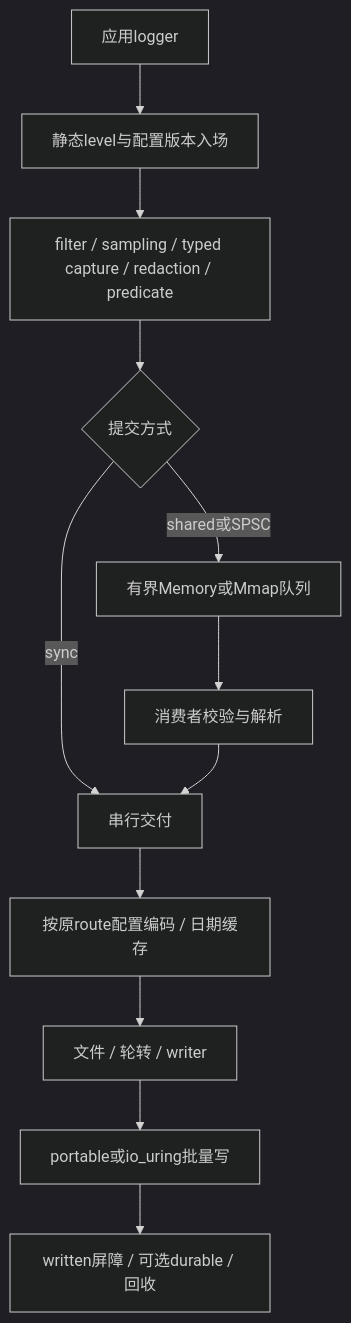
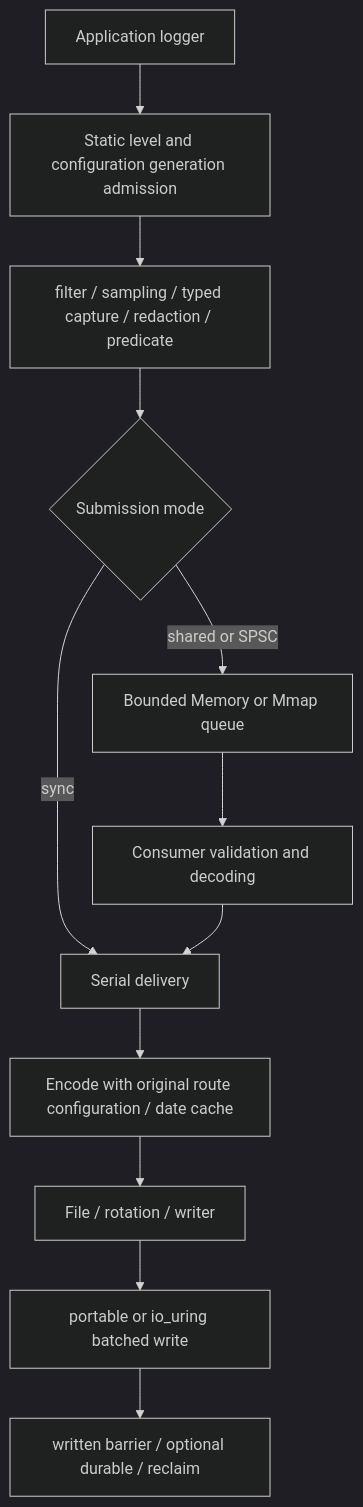
The diagram in docs/design.md (passchaos/kron), drawn with Mermaid (dark theme) before and after one commit. The commit also changed other lines of this file and 14340 other files, not shown here.

````diff
--- a/docs/design.md
+++ b/docs/design.md
@@ -32,14 +57,14 @@
 ```mermaid
 flowchart TD
-    A[应用logger] --> B[静态level与配置版本入场]
+    A[Application logger] --> B[Static level and configuration generation admission]
     B --> C[filter / sampling / typed capture / redaction / predicate]
-    C --> D{提交方式}
-    D -->|sync| E[串行交付]
-    D -->|shared或SPSC| F[有界Memory或Mmap队列]
-    F --> G[消费者校验与解析]
+    C --> D{Submission mode}
+    D -->|sync| E[Serial delivery]
+    D -->|shared or SPSC| F[Bounded Memory or Mmap queue]
+    F --> G[Consumer validation and decoding]
     G --> E
-    E --> H[按原route配置编码 / 日期缓存]
-    H --> I[文件 / 轮转 / writer]
-    I --> J[portable或io_uring批量写]
-    J --> K[written屏障 / 可选durable / 回收]
+    E --> H[Encode with original route configuration / date cache]
+    H --> I[File / rotation / writer]
+    I --> J[portable or io_uring batched write]
+    J --> K[written barrier / optional durable / reclaim]
 ```
````
